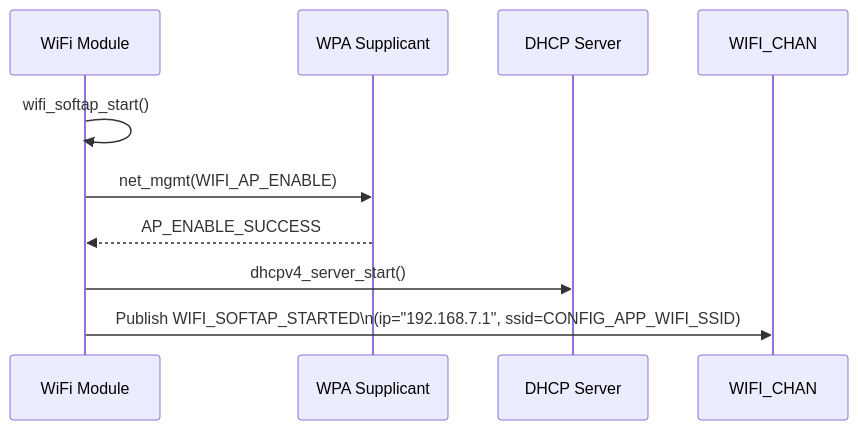
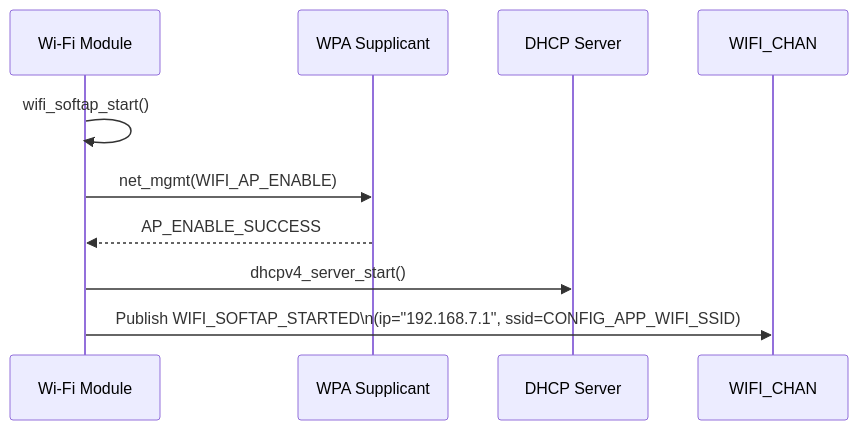
Before and after one commit to chshzh/nordic-wifi-webdash: the second of 4 diagrams in docs/specs/wifi-module.md, drawn with Mermaid. The commit also changed other lines of this file and 8 other files, not shown here.

````diff
--- a/docs/specs/wifi-module.md
+++ b/docs/specs/wifi-module.md
@@ -111,13 +111,13 @@
 ```mermaid
 sequenceDiagram
-    participant WiFi as WiFi Module
+    participant Wi-Fi as Wi-Fi Module
     participant WPA as WPA Supplicant
     participant DHCP as DHCP Server
     participant WIFI_CHAN
 
-    WiFi->>WiFi: wifi_softap_start()
-    WiFi->>WPA: net_mgmt(WIFI_AP_ENABLE)
-    WPA-->>WiFi: AP_ENABLE_SUCCESS
-    WiFi->>DHCP: dhcpv4_server_start()
-    WiFi->>WIFI_CHAN: Publish WIFI_SOFTAP_STARTED\n(ip="192.168.7.1", ssid=CONFIG_APP_WIFI_SSID)
+    Wi-Fi->>Wi-Fi: wifi_softap_start()
+    Wi-Fi->>WPA: net_mgmt(WIFI_AP_ENABLE)
+    WPA-->>Wi-Fi: AP_ENABLE_SUCCESS
+    Wi-Fi->>DHCP: dhcpv4_server_start()
+    Wi-Fi->>WIFI_CHAN: Publish WIFI_SOFTAP_STARTED\n(ip="192.168.7.1", ssid=CONFIG_APP_WIFI_SSID)
 ```
````
